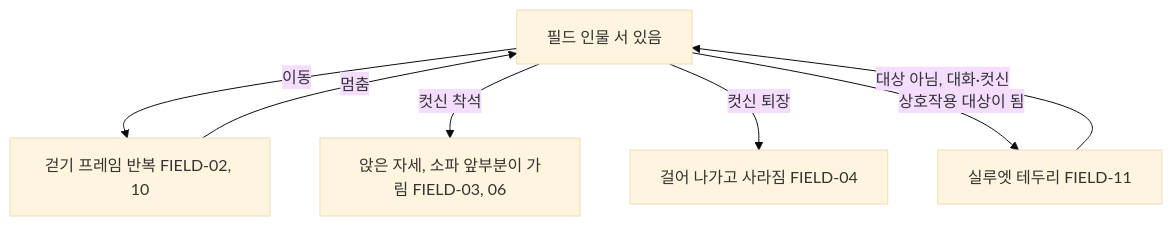
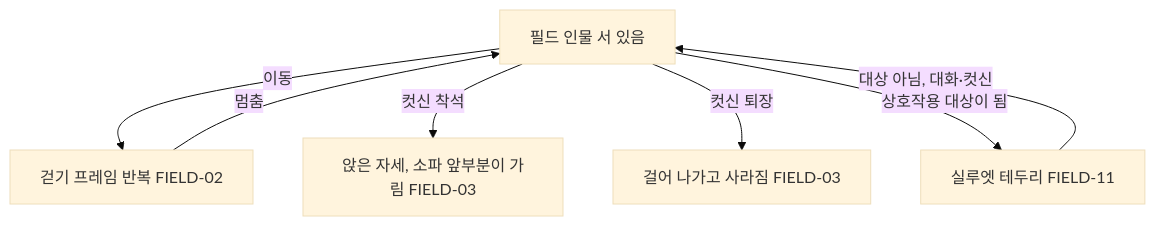
One commit to xpaklove12-lang/Corner1 changed the diagram in docs/specs/field.md. Above: the diagram before and after it, drawn with Mermaid (base theme). The commit also changed other lines of this file and 48 other files, not shown here.

````diff
--- a/docs/specs/field.md
+++ b/docs/specs/field.md
@@ -9,9 +9,9 @@
 ```mermaid
 flowchart TD
-    A[필드 인물 서 있음] -->|이동| B[걷기 프레임 반복 FIELD-02, 10]
+    A[필드 인물 서 있음] -->|이동| B[걷기 프레임 반복 FIELD-02]
     B -->|멈춤| A
-    A -->|컷신 착석| C[앉은 자세, 소파 앞부분이 가림 FIELD-03, 06]
-    A -->|컷신 퇴장| D[걸어 나가고 사라짐 FIELD-04]
+    A -->|컷신 착석| C[앉은 자세, 소파 앞부분이 가림 FIELD-03]
+    A -->|컷신 퇴장| D[걸어 나가고 사라짐 FIELD-03]
     A -->|상호작용 대상이 됨| E[실루엣 테두리 FIELD-11]
     E -->|대상 아님, 대화·컷신| A
 ```
````
